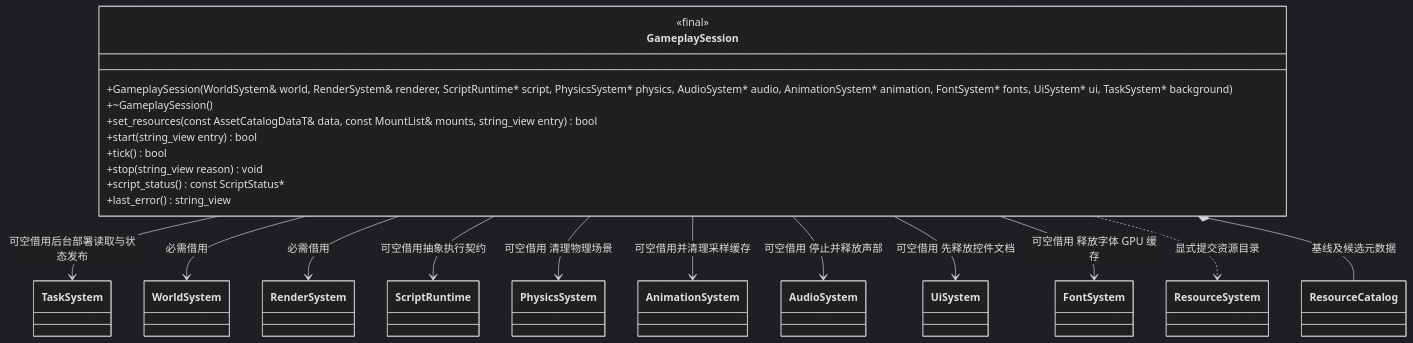
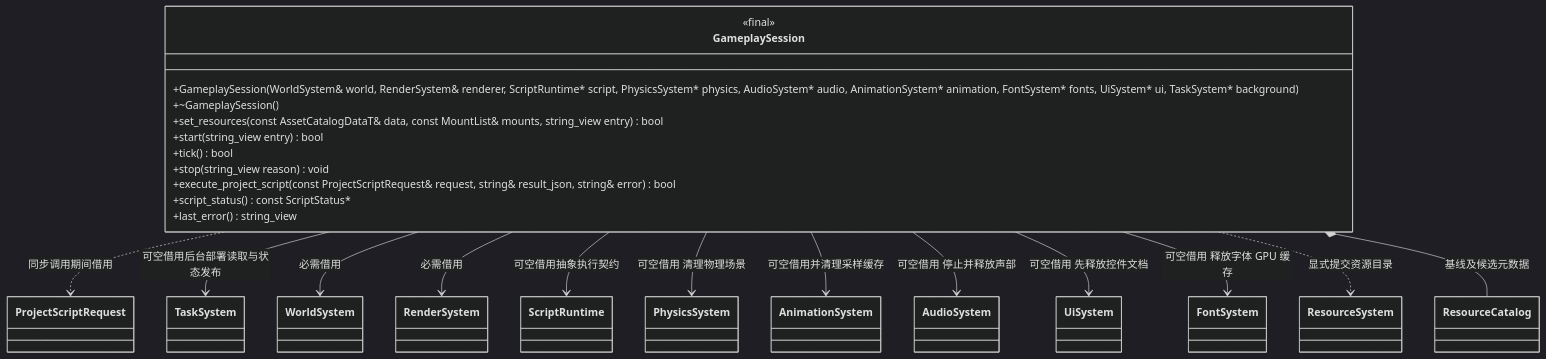
One commit to lcals/Engine changed the first of 2 diagrams in docs/runtime/class-diagrams/gameplay-session.md. Above: the diagram before and after it, drawn with Mermaid (dark theme). The commit also changed 222 other files, not shown here.

Commit message:
Consolidate editor asset imports and align architecture documentation

````diff
--- a/docs/runtime/class-diagrams/gameplay-session.md
+++ b/docs/runtime/class-diagrams/gameplay-session.md
@@ -5,34 +5,37 @@
 ```mermaid
 classDiagram
+    class ProjectScriptRequest
+    GameplaySession ..> ProjectScriptRequest : 同步调用期间借用
     class GameplaySession {
         <<final>>
         +GameplaySession(WorldSystem& world, RenderSystem& renderer, ScriptRuntime#42; script, PhysicsSystem#42; physics, AudioSystem#42; audio, AnimationSystem#42; animation, FontSystem#42; fonts, UiSystem#42; ui, TaskSystem#42; background)
         +~GameplaySession()
         +set_resources(const AssetCatalogDataT& data, const MountList& mounts, string_view entry) bool
         +start(string_view entry) bool
         +tick() bool
         +stop(string_view reason) void
+        +execute_project_script(const ProjectScriptRequest& request, string& result_json, string& error) bool
         +script_status() const ScriptStatus#42;
         +last_error() string_view
     }
     class WorldSystem
     class RenderSystem
     class ScriptRuntime
     class PhysicsSystem
     class AudioSystem
     class AnimationSystem
     class ResourceSystem
     class ResourceCatalog
     class TaskSystem
     GameplaySession --> TaskSystem : 可空借用后台部署读取与状态发布
     GameplaySession --> WorldSystem : 必需借用
     GameplaySession --> RenderSystem : 必需借用
     GameplaySession --> ScriptRuntime : 可空借用抽象执行契约
     GameplaySession --> PhysicsSystem : 可空借用 清理物理场景
     GameplaySession --> AnimationSystem : 可空借用并清理采样缓存
     GameplaySession --> AudioSystem : 可空借用 停止并释放声部
     GameplaySession --> UiSystem : 可空借用 先释放控件文档
     GameplaySession --> FontSystem : 可空借用 释放字体 GPU 缓存
     GameplaySession ..> ResourceSystem : 显式提交资源目录
     GameplaySession *-- ResourceCatalog : 基线及候选元数据
 ```
````
